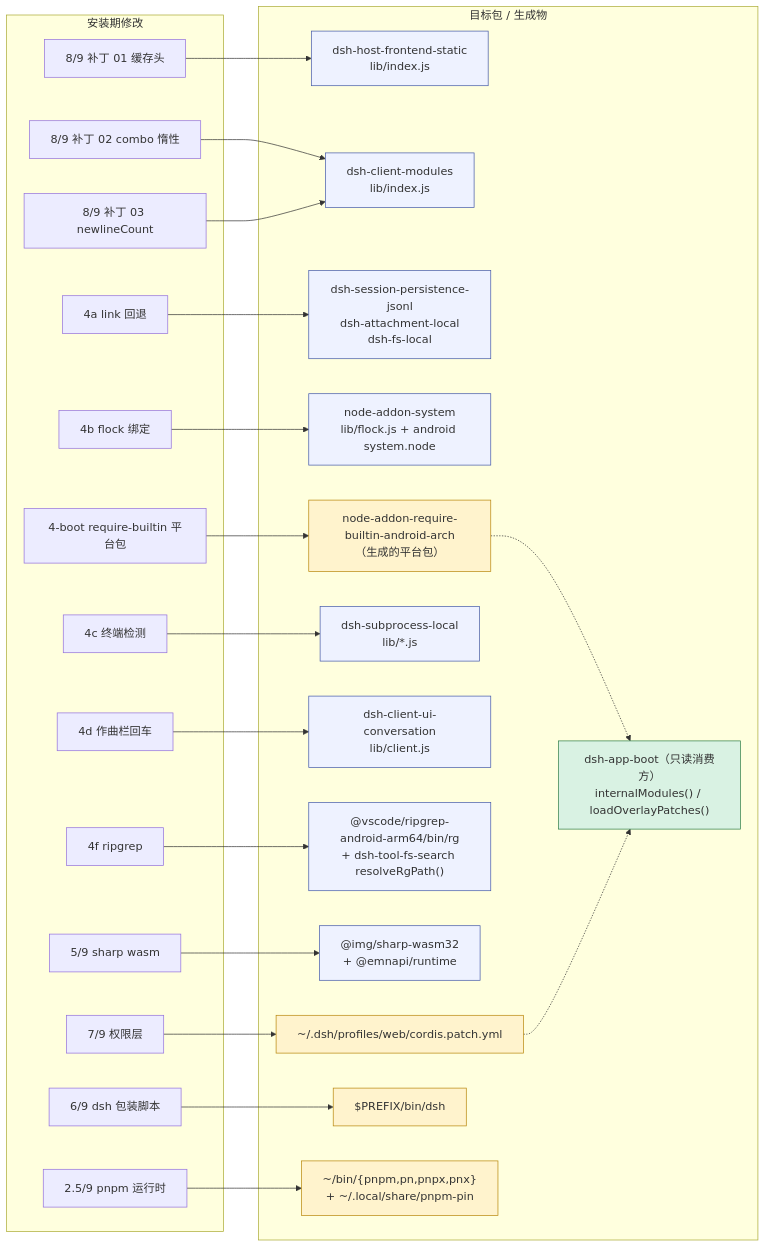
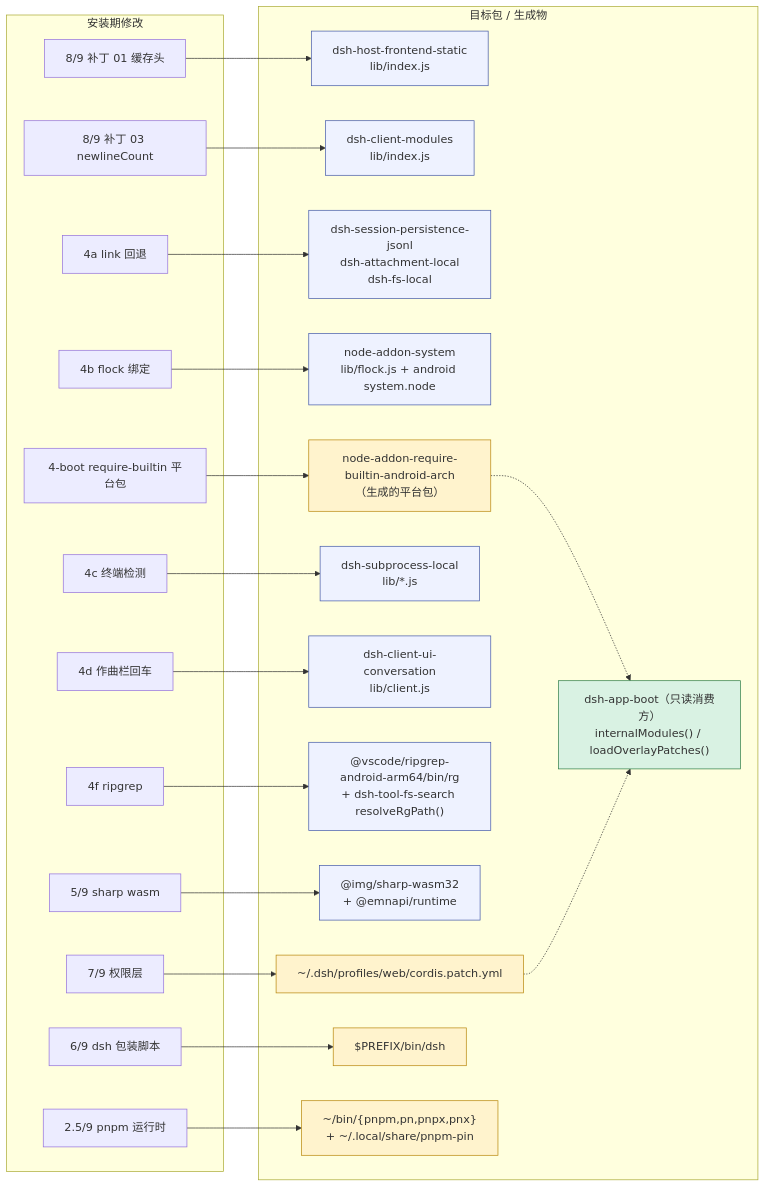
The second of 4 diagrams in REPORTS.md (Xieansecn/deepseek-harness-android), drawn with Mermaid before and after one commit. The commit also changed other lines of this file and 17 other files, not shown here.

````diff
--- a/REPORTS.md
+++ b/REPORTS.md
@@ -418,54 +409,52 @@
 ```mermaid
 flowchart LR
     subgraph SRC["安装期修改"]
         P01["8/9 补丁 01 缓存头"]
-        P02["8/9 补丁 02 combo 惰性"]
         P03["8/9 补丁 03 newlineCount"]
         PL["4a link 回退"]
         PF["4b flock 绑定"]
         PB["4-boot require-builtin 平台包"]
         PS["4c 终端检测"]
         PC["4d 作曲栏回车"]
         PR["4f ripgrep"]
         PSH["5/9 sharp wasm"]
         PP["7/9 权限层"]
         PW["6/9 dsh 包装脚本"]
         PN["2.5/9 pnpm 运行时"]
     end
     subgraph DST["目标包 / 生成物"]
         T01["dsh-host-frontend-static<br/>lib/index.js"]
         T02["dsh-client-modules<br/>lib/index.js"]
         TL["dsh-session-persistence-jsonl<br/>dsh-attachment-local<br/>dsh-fs-local"]
         TF["node-addon-system<br/>lib/flock.js + android system.node"]
         TB["node-addon-require-builtin-android-arch<br/>（生成的平台包）"]
         TS["dsh-subprocess-local<br/>lib/*.js"]
         TC["dsh-client-ui-conversation<br/>lib/client.js"]
         TR["@vscode/ripgrep-android-arm64/bin/rg<br/>+ dsh-tool-fs-search resolveRgPath()"]
         TSH["@img/sharp-wasm32<br/>+ @emnapi/runtime"]
         TP["~/.dsh/profiles/web/cordis.patch.yml"]
         TW["$PREFIX/bin/dsh"]
         TN["~/bin/{pnpm,pn,pnpx,pnx}<br/>+ ~/.local/share/pnpm-pin"]
         TAPP["dsh-app-boot（只读消费方）<br/>internalModules() / loadOverlayPatches()"]
     end
     P01 --> T01
-    P02 --> T02
     P03 --> T02
     PL --> TL
     PF --> TF
     PB --> TB
     PS --> TS
     PC --> TC
     PR --> TR
     PSH --> TSH
     PP --> TP
     PW --> TW
     PN --> TN
     TB -.-> TAPP
     TP -.-> TAPP
     classDef pkg fill:#eef2ff,stroke:#4459a8,stroke-width:1px;
     classDef gen fill:#fff3cd,stroke:#b8860b,stroke-width:1px;
     classDef ro fill:#d9f2e3,stroke:#2e7d47,stroke-width:1px;
     class T01,T02,TL,TF,TS,TC,TR,TSH pkg;
     class TB,TW,TN,TP gen;
     class TAPP ro;
 ```
````
